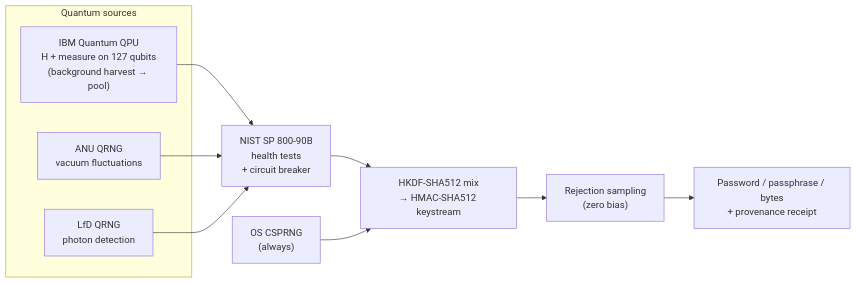
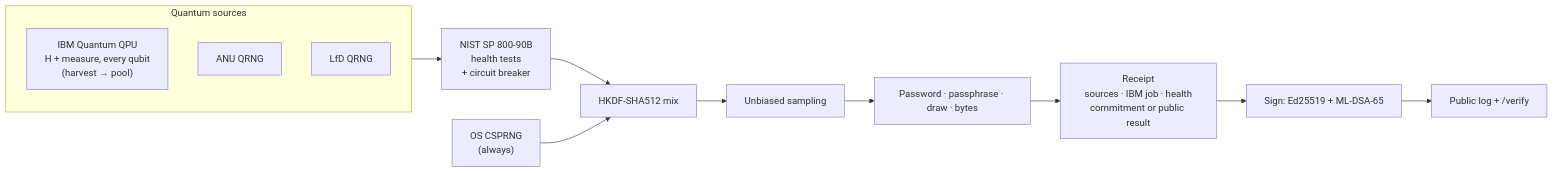
One commit to ahmadhashimi/quantum-password-generator changed the diagram in README.md. Above: the diagram before and after it, drawn with Mermaid. The commit also changed other lines of this file and 32 other files, not shown here.

````diff
--- a/README.md
+++ b/README.md
@@ -58,15 +95,16 @@
 ```mermaid
 flowchart LR
-    subgraph Quantum["Quantum sources"]
-        IBM["IBM Quantum QPU<br/>H + measure on 127 qubits<br/>(background harvest → pool)"]
-        ANU["ANU QRNG<br/>vacuum fluctuations"]
-        LFD["LfD QRNG<br/>photon detection"]
+    subgraph Q["Quantum sources"]
+        IBM["IBM Quantum QPU<br/>H + measure, every qubit<br/>(harvest → pool)"]
+        ANU["ANU QRNG"]
+        LFD["LfD QRNG"]
     end
-    IBM --> HT
-    ANU --> HT
-    LFD --> HT
-    HT["NIST SP 800-90B<br/>health tests<br/>+ circuit breaker"] --> MIX
+    Q --> HT["NIST SP 800-90B<br/>health tests<br/>+ circuit breaker"]
+    HT --> MIX["HKDF-SHA512 mix"]
     OS["OS CSPRNG<br/>(always)"] --> MIX
-    MIX["HKDF-SHA512 mix<br/>→ HMAC-SHA512 keystream"] --> GEN
-    GEN["Rejection sampling<br/>(zero bias)"] --> OUT["Password / passphrase / bytes<br/>+ provenance receipt"]
+    MIX --> GEN["Unbiased sampling"]
+    GEN --> OUT["Password · passphrase · draw · bytes"]
+    OUT --> RC["Receipt<br/>sources · IBM job · health<br/>commitment or public result"]
+    RC --> SIG["Sign: Ed25519 + ML-DSA-65"]
+    SIG --> LOG["Public log + /verify"]
 ```
````
